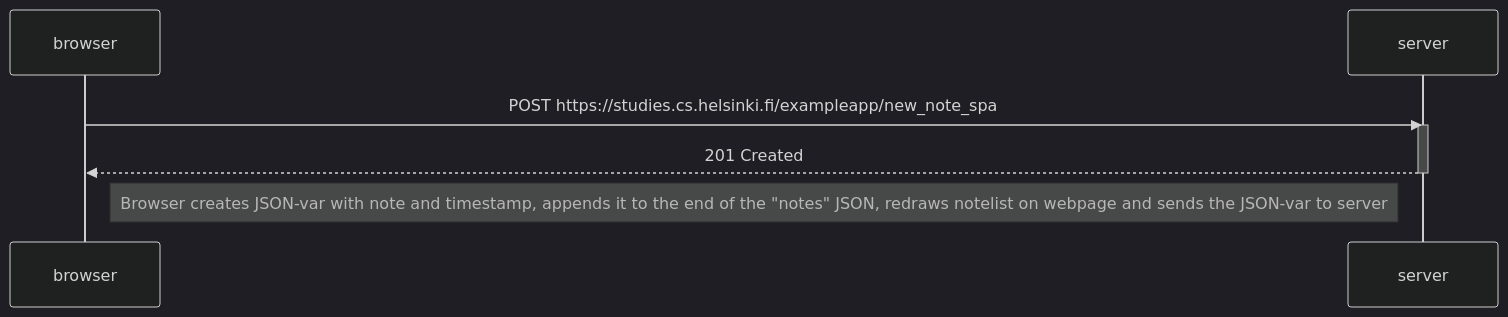
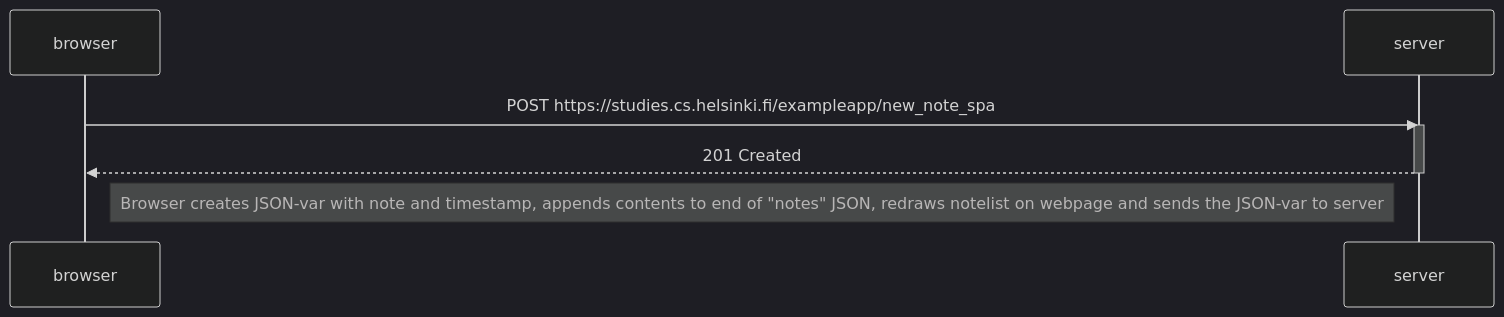
The diagram in part0/0.6_new_note_spa_diagram.md (sunkken/fullstackopen), drawn with Mermaid (dark theme) before and after one commit. The commit also changed 11 other files, not shown here.

````diff
--- a/part0/0.6_new_note_spa_diagram.md
+++ b/part0/0.6_new_note_spa_diagram.md
@@ -1,12 +1,12 @@
 ```mermaid
 sequenceDiagram
     participant browser
     participant server
 
     browser->>server: POST https://studies.cs.helsinki.fi/exampleapp/new_note_spa
     activate server
     server-->>browser: 201 Created
     deactivate server
 
-    Note right of browser: Browser creates JSON-var with note and timestamp, appends it to the end of the "notes" JSON, redraws notelist on webpage and sends the JSON-var to server
+    Note right of browser: Browser creates JSON-var with note and timestamp, appends contents to end of "notes" JSON, redraws notelist on webpage and sends the JSON-var to server
 ```
````
